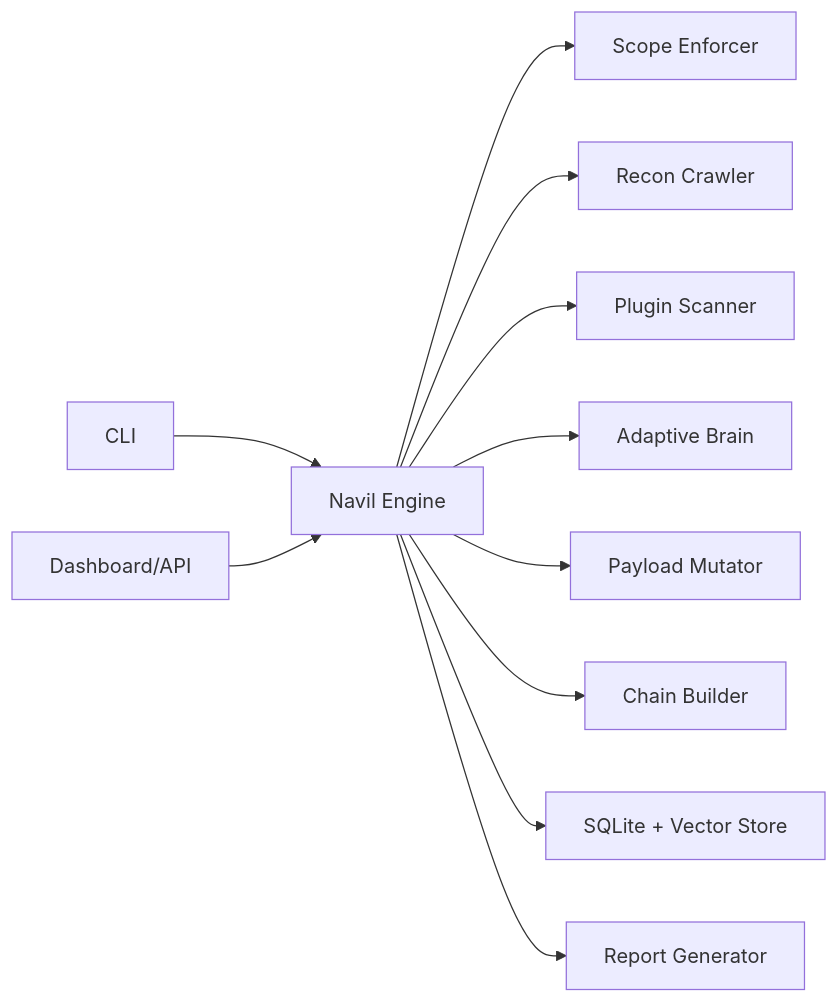
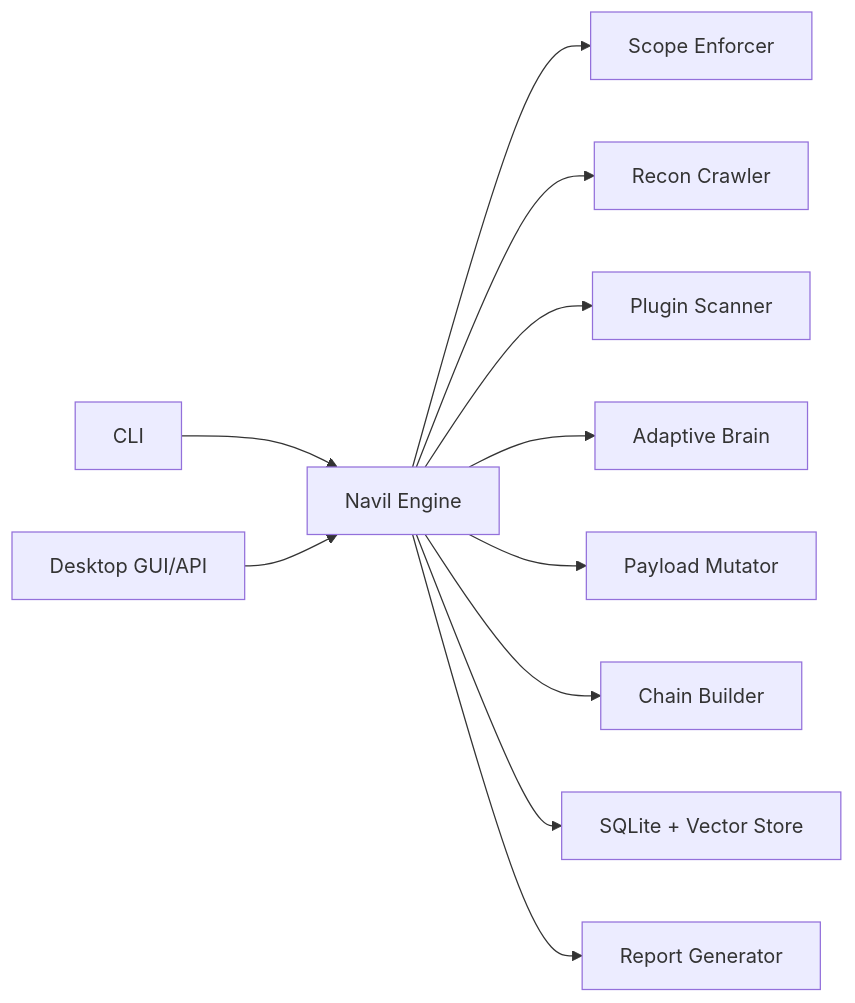
One commit to funbinet/navil changed the diagram in README.md. Above: the diagram before and after it, drawn with Mermaid. The commit also changed other lines of this file and 27 other files, not shown here.

Commit message:
feat: migrate dashboard to native PyQt6 GUI

````diff
--- a/README.md
+++ b/README.md
@@ -25,13 +25,13 @@
 ```mermaid
 flowchart LR
     CLI[CLI] --> Engine[Navil Engine]
-    UI[Dashboard/API] --> Engine
+    UI[Desktop GUI/API] --> Engine
     Engine --> Scope[Scope Enforcer]
     Engine --> Recon[Recon Crawler]
     Engine --> Scan[Plugin Scanner]
     Engine --> Brain[Adaptive Brain]
     Engine --> Mutator[Payload Mutator]
     Engine --> Chains[Chain Builder]
     Engine --> KB[SQLite + Vector Store]
     Engine --> Report[Report Generator]
 ```
````
